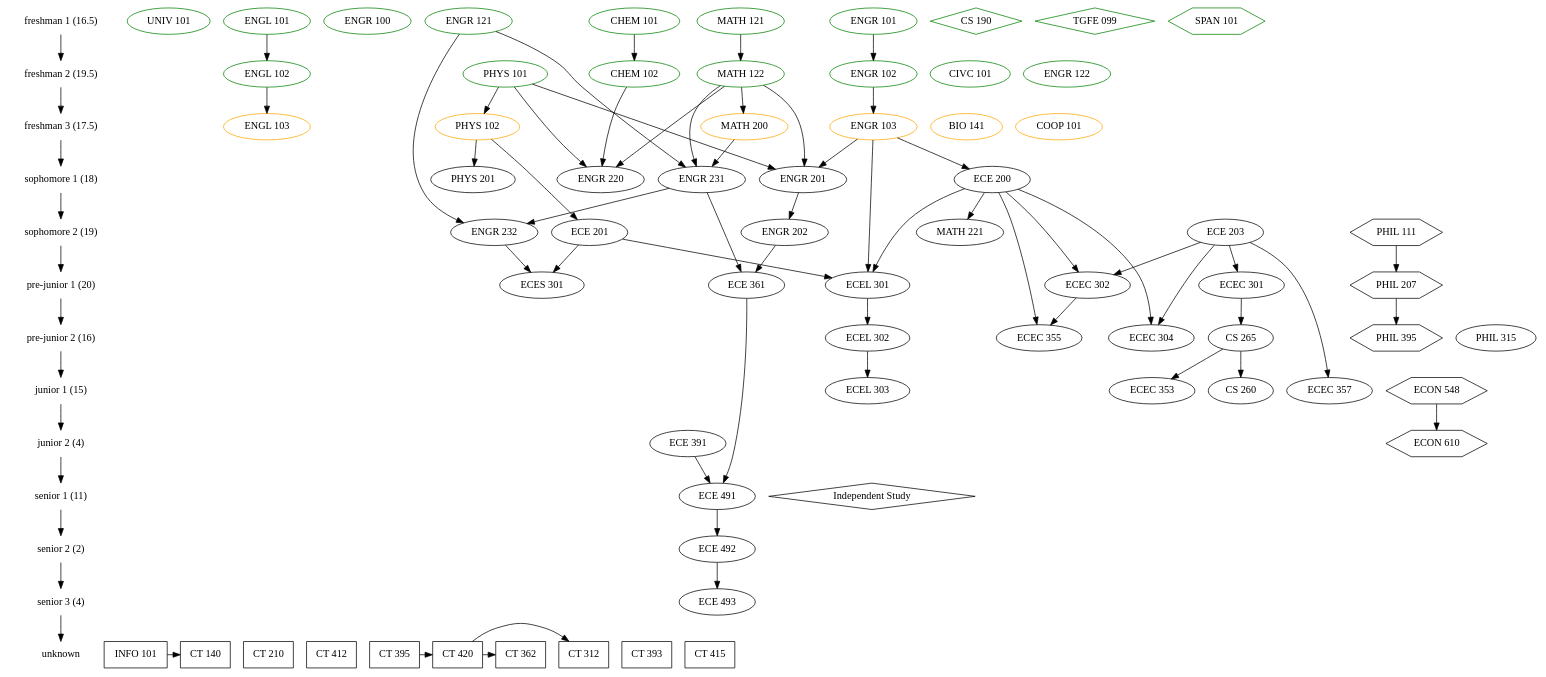
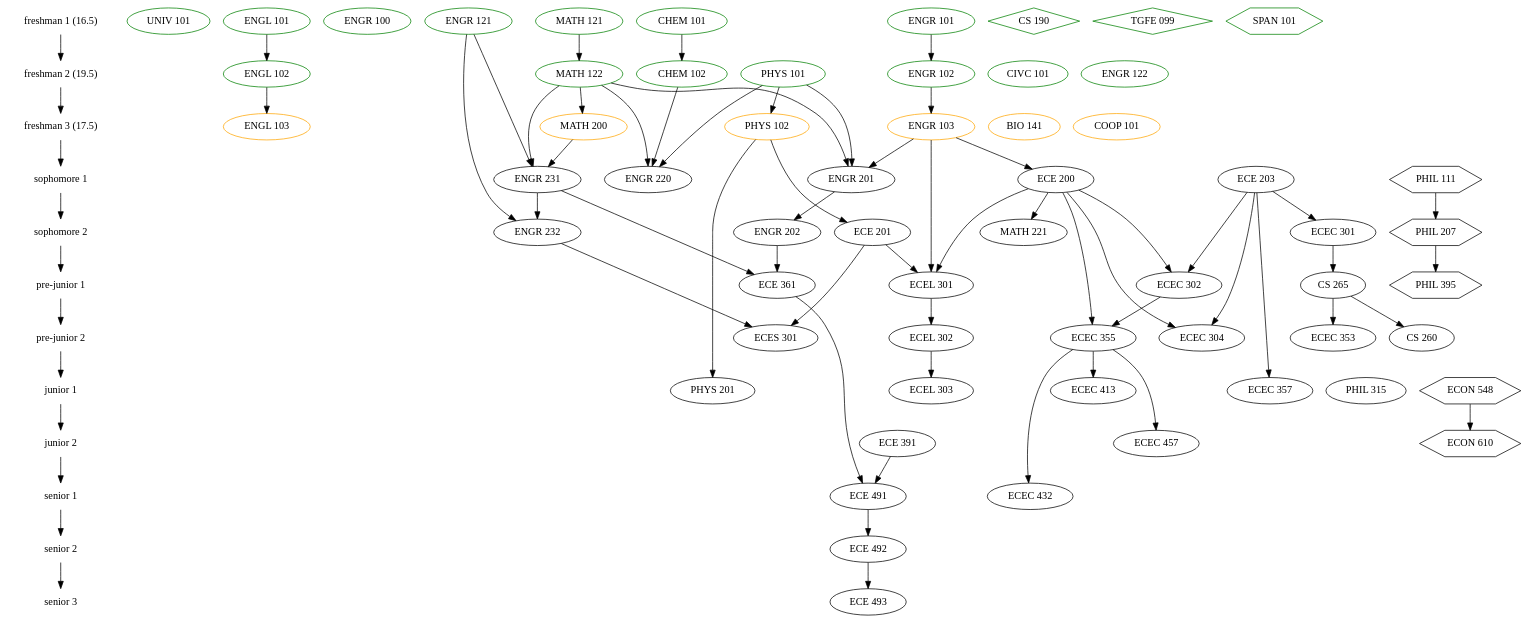
One commit to Theodus/coursework changed the diagram in classes.gv. Above: the diagram before and after it, drawn with Graphviz.

Commit message:
remove minor

```diff
--- a/classes.gv
+++ b/classes.gv
@@ -1,180 +1,159 @@
 /* Key:
 
 color:
 green = already taken
 orange = currently taking
 black = not taken
 
 shape:
 ellipse = fixed major degree requirement
 diamond = free elective
 hexagon = general education elective
 box = minor degree requirement
 
 */
 
 digraph Classes {
 
   { node [shape=plaintext]
     "freshman 1 (16.5)" ->
     "freshman 2 (19.5)" ->
     "freshman 3 (17.5)" ->
-    "sophomore 1 (18)" ->
-    "sophomore 2 (19)" ->
-    "pre-junior 1 (20)" ->
-    "pre-junior 2 (16)" ->
-    "junior 1 (15)" ->
-    "junior 2 (4)" ->
-    "senior 1 (11)" ->
-    "senior 2 (2)" ->
-    "senior 3 (4)" ->
-    "unknown"
+    "sophomore 1" ->
+    "sophomore 2" ->
+    "pre-junior 1" ->
+    "pre-junior 2" ->
+    "junior 1" ->
+    "junior 2" ->
+    "senior 1" ->
+    "senior 2" ->
+    "senior 3"
   }
 
   { node [color=green]
     { rank=same "freshman 1 (16.5)"
       "UNIV 101"
       "ENGL 101"
       "ENGR 100"
       "CHEM 101"
       "ENGR 101"
       "ENGR 121"
       "MATH 121"
 
       // AP Credit
       "CS 190" [shape=diamond]
       "TGFE 099" [shape=diamond]
       "SPAN 101" [shape=hexagon]
     }
     { rank=same "freshman 2 (19.5)"
       "CIVC 101"
       "ENGL 102"
       "CHEM 102"
       "ENGR 102"
       "ENGR 122"
       "MATH 122"
       "PHYS 101"
     }
   }
   { node [color=orange]
     { rank=same "freshman 3 (17.5)"
       "ENGL 103"
       "ENGR 103"
       "BIO 141"
       "COOP 101"
       "PHYS 102"
       "MATH 200"
     }
   }
-  { rank=same "sophomore 1 (18)"
+  { rank=same "sophomore 1"
+    "ENGR 201"
+    "ENGR 220"
     "ENGR 231"
-    "PHYS 201"
-    "ENGR 220"
+    "ECE 203"
     "ECE 200"
-    "ENGR 201"
+    "PHIL 111" [shape=hexagon]
   }
-  { rank=same "sophomore 2 (19)"
+  { rank=same "sophomore 2"
     "ECE 201"
-    "ECE 203"
+    "ECEC 301"
     "ENGR 202"
     "ENGR 232"
     "MATH 221"
-    "PHIL 111" [shape=hexagon]
+    "PHIL 207" [shape=hexagon]
   }
-  { rank=same "pre-junior 1 (20)"
-    "ECEC 301"
+  { rank=same "pre-junior 1"
     "ECEC 302"
     "ECEL 301"
-    "ECES 301"
-    "PHIL 207" [shape=hexagon]
+    "ECE 361"
+    "CS 265"
+    "PHIL 395" [shape=hexagon]
   }
-  { rank=same "pre-junior 2 (16)"
+  { rank=same "pre-junior 2"
     "ECEC 304"
     "ECEC 355"
     "ECEL 302"
-    "PHIL 315"
-    "CS 265"
-    "PHIL 395" [shape=hexagon]
+    "ECES 301"
+    "CS 260"
+    "ECEC 353"
   }
-  { rank=same "junior 1 (15)"
+  { rank=same "junior 1"
     "ECEC 357"
     "ECEL 303"
-    "CS 260"
-    "ECEC 353"
+    "PHYS 201"
+    "PHIL 315"
+    "ECEC 413"
     "ECON 548" [shape=hexagon]
   }
-  { rank=same "junior 2 (4)"
+  { rank=same "junior 2"
     "ECE 391"
+    "ECEC 457"
     "ECON 610" [shape=hexagon]
   }
-  { rank=same "senior 1 (11)"
+  { rank=same "senior 1"
     "ECE 491"
-    "Independent Study" [shape=diamond]
+    "ECEC 432"
   }
-  { rank=same "senior 2 (2)"
+  { rank=same "senior 2"
     "ECE 492"
   }
-  { rank=same "senior 3 (4)"
+  { rank=same "senior 3"
     "ECE 493"
-  }
-  { rank=same "unknown"
-    "INFO 101" [shape=box]
-    "CT 140" [shape=box]
-    "CT 210" [shape=box]
-    "CT 412" [shape=box]
-    "CT 395" [shape=box]
-    "CT 393" [shape=box]
-    "CT 415" [shape=box]
-    "CT 420" [shape=box]
-    "CT 312" [shape=box]
-    "CT 362" [shape=box]
   }
 
   // General Education/Liberal Studies
 
   "CIVC 101"
   "ENGL 101" -> "ENGL 102" -> "ENGL 103"
   "PHIL 315"
   "UNIV 101"
 
   "PHIL 111" -> "PHIL 207" -> "PHIL 395"
   "ECON 548" -> "ECON 610"
 
   // Foundation Requirements
 
   "BIO 141"
   "CHEM 101" -> "CHEM 102"
   "PHYS 101" -> "PHYS 102" -> "PHYS 201"
   "PHYS 102" -> "ECE 201"
   "MATH 121" -> "MATH 122" -> "MATH 200" -> "ENGR 231"
   "ENGR 101" -> "ENGR 102" -> "ENGR 103" -> "ECE 200" -> "MATH 221"
   "ECE 203"
   {"MATH 122" "PHYS 101" "ENGR 103"} -> "ENGR 201" -> "ENGR 202"
   {"CHEM 102" "MATH 122" "PHYS 101"} -> "ENGR 220"
   {"MATH 122" "ENGR 121"} -> "ENGR 231"
   {"ENGR 231" "ENGR 121"} -> "ENGR 232"
 
   // Professional Requirements
 
   "ECE 203" -> "ECEC 301" -> "CS 265" -> "CS 260"
   {"ENGR 202" "ENGR 231"} -> "ECE 361"
   {"ECE 391" "ECE 361"} -> "ECE 491" -> "ECE 492" -> "ECE 493"
   {"ECE 203" "ECE 200"} -> "ECEC 302"
   {"ECE 200" "ECE 203"} -> "ECEC 304"
   "CS 265" -> "ECEC 353"
-  {"ECE 200" "ECEC 302"} -> "ECEC 355"
+  {"ECE 200" "ECEC 302"} -> "ECEC 355" -> {"ECEC 413" "ECEC 457" "ECEC 432"}
   "ECE 203" -> "ECEC 357"
-  {"ENGR 103" "ECE 200" "ECE 201"} -> 
-    "ECEL 301" -> "ECEL 302" -> "ECEL 303"
+  {"ENGR 103" "ECE 200" "ECE 201"} -> "ECEL 301" -> "ECEL 302" -> "ECEL 303"
   {"ENGR 232" "ECE 201"} -> "ECES 301"
-
-  // Minor in Security Technology
-
-  "INFO 101" -> "CT 140"
-  "CT 210"
-  "CT 412"
-  "CT 395" -> "CT 420" -> "CT 312"
-  "CT 420" -> "CT 362"
-  "CT 393"
-  "CT 415"
 }
```
